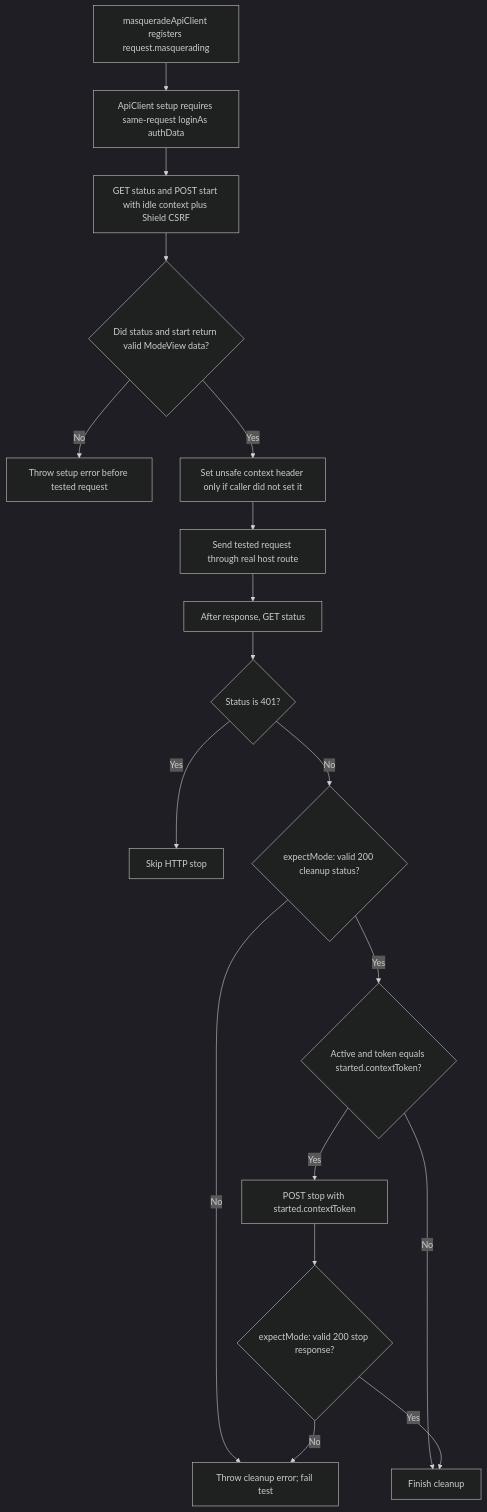
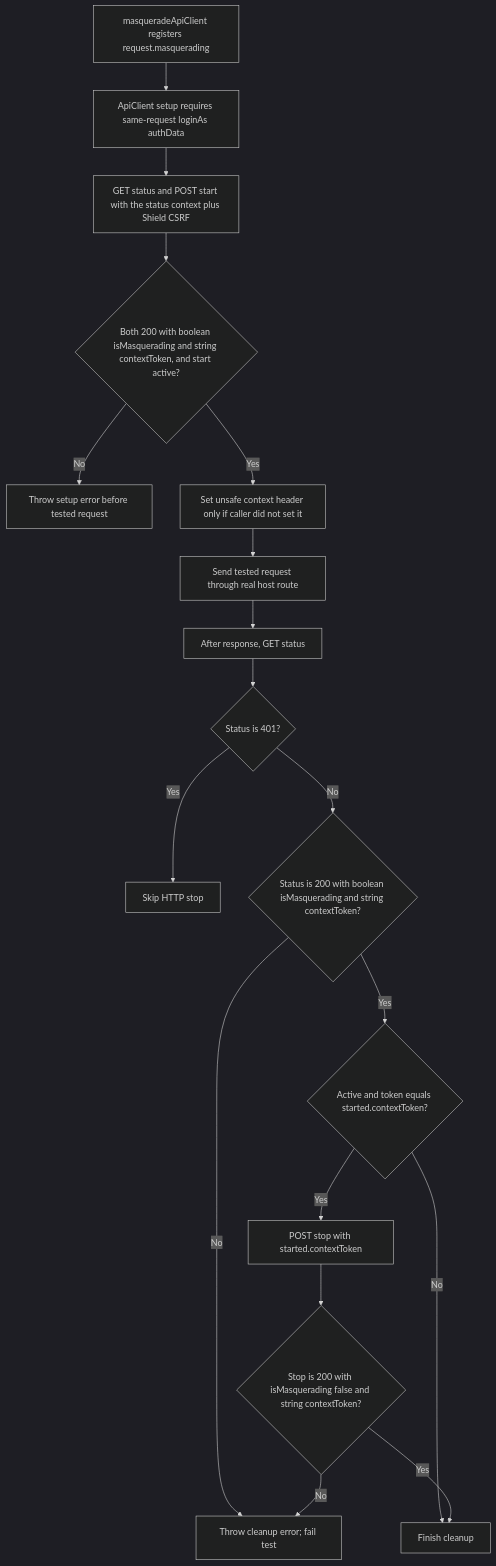
Before and after one commit to Kevinjohn/oss-adonisjs-masquerade: the second of 2 diagrams in user-stories/testing/us-testing-01-api-client-masquerading.md, drawn with Mermaid (dark theme). The commit also changed other lines of this file and 4 other files, not shown here.

````diff
--- a/user-stories/testing/us-testing-01-api-client-masquerading.md
+++ b/user-stories/testing/us-testing-01-api-client-masquerading.md
@@ -45,20 +45,20 @@
 ```mermaid
 flowchart TD
  A["masqueradeApiClient registers request.masquerading"] --> B["ApiClient setup requires same-request loginAs authData"]
- B --> C["GET status and POST start with idle context plus Shield CSRF"]
- C --> D{"Did status and start return valid ModeView data?"}
+ B --> C["GET status and POST start with the status context plus Shield CSRF"]
+ C --> D{"Both 200 with boolean isMasquerading and string contextToken, and start active?"}
  D -->|No| E["Throw setup error before tested request"]
  D -->|Yes| F["Set unsafe context header only if caller did not set it"]
  F --> G["Send tested request through real host route"]
  G --> H["After response, GET status"]
  H --> I{"Status is 401?"}
  I -->|Yes| J["Skip HTTP stop"]
- I -->|No| V{"expectMode: valid 200 cleanup status?"}
+ I -->|No| V{"Status is 200 with boolean isMasquerading and string contextToken?"}
  V -->|No| X["Throw cleanup error; fail test"]
  V -->|Yes| K{"Active and token equals started.contextToken?"}
  K -->|No| L["Finish cleanup"]
  K -->|Yes| M["POST stop with started.contextToken"]
- M --> W{"expectMode: valid 200 stop response?"}
+ M --> W{"Stop is 200 with isMasquerading false and string contextToken?"}
  W -->|No| X
  W -->|Yes| L
 ```
````
